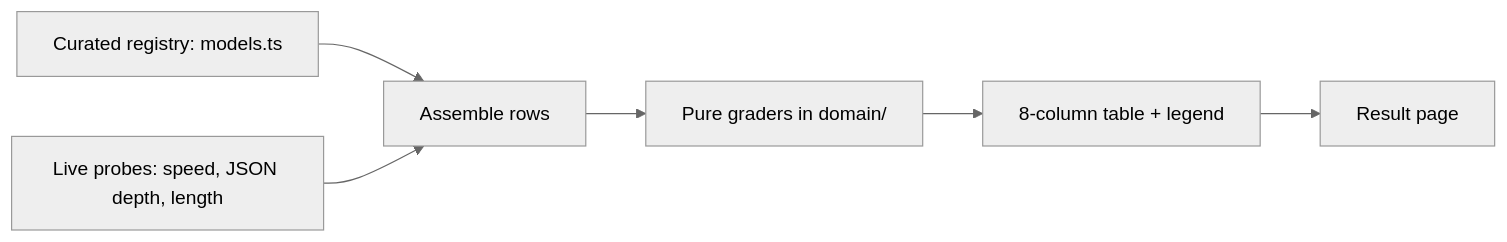
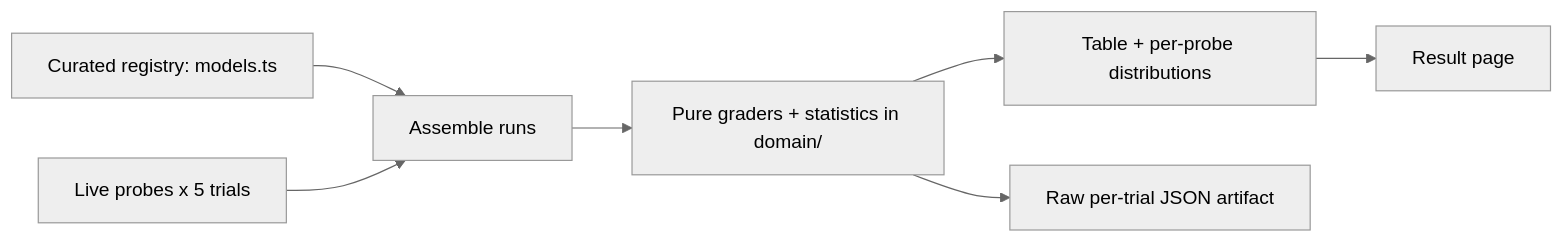
The diagram in docs/research-reports/llm-model-comparison.md (qmu/research), drawn with Mermaid (neutral theme) before and after one commit. The commit also changed other lines of this file and 15 other files, not shown here.

````diff
--- a/docs/research-reports/llm-model-comparison.md
+++ b/docs/research-reports/llm-model-comparison.md
@@ -17,8 +18,9 @@
 ```mermaid
 flowchart LR
-  R[Curated registry: models.ts] --> A[Assemble rows]
-  P[Live probes: speed, JSON depth, length] --> A
-  A --> G[Pure graders in domain/]
-  G --> T[8-column table + legend]
+  R[Curated registry: models.ts] --> A[Assemble runs]
+  P[Live probes x 5 trials] --> A
+  A --> G[Pure graders + statistics in domain/]
+  G --> T[Table + per-probe distributions]
+  G --> J[Raw per-trial JSON artifact]
   T --> Page[Result page]
 ```
````
